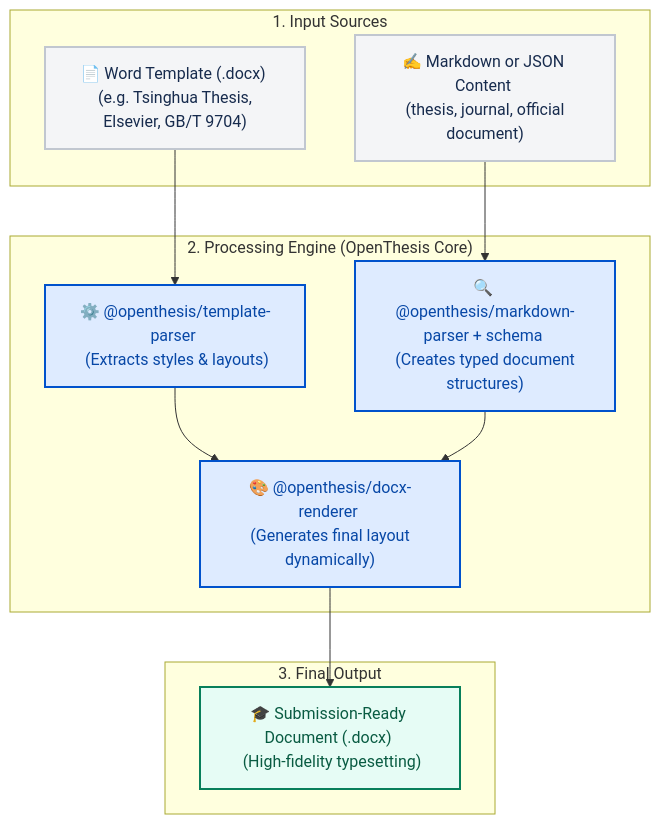
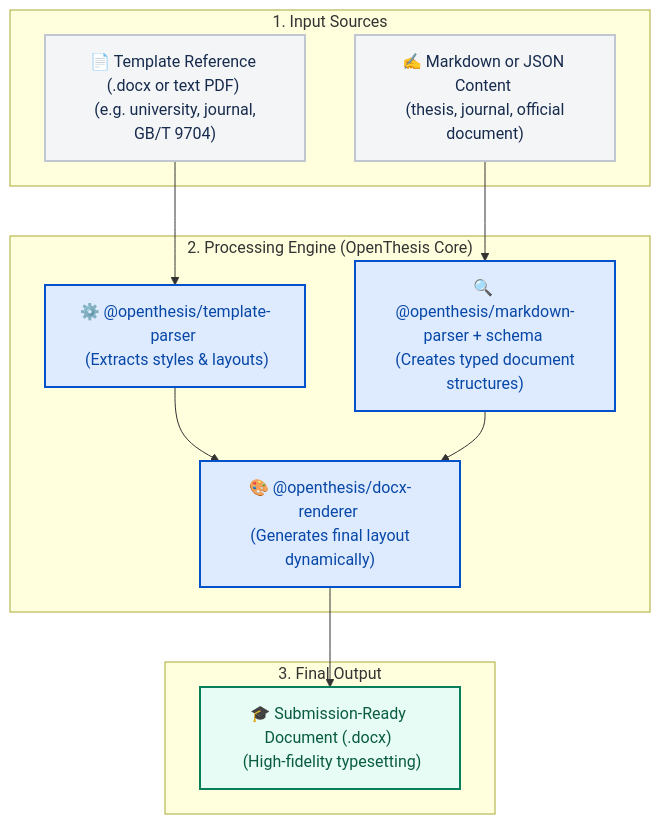
Before and after one commit to Gluxggg/OpenThesis: the diagram in README.md, drawn with Mermaid. The commit also changed other lines of this file and 15 other files, not shown here.

````diff
--- a/README.md
+++ b/README.md
@@ -44,34 +44,34 @@
 ```mermaid
 graph TD
     %% Nodes and Groups
     subgraph Inputs ["1. Input Sources"]
-        A["📄 Word Template (.docx) <br> (e.g. Tsinghua Thesis, Elsevier, GB/T 9704)"]
+        A["📄 Template Reference (.docx or text PDF) <br> (e.g. university, journal, GB/T 9704)"]
         B["✍️ Markdown or JSON Content <br> (thesis, journal, official document)"]
     end
 
     subgraph Core ["2. Processing Engine (OpenThesis Core)"]
         C["⚙️ @openthesis/template-parser <br> (Extracts styles & layouts)"]
         D["🔍 @openthesis/markdown-parser + schema <br> (Creates typed document structures)"]
         E["🎨 @openthesis/docx-renderer <br> (Generates final layout dynamically)"]
     end
 
     subgraph Output ["3. Final Output"]
         F["🎓 Submission-Ready Document (.docx) <br> (High-fidelity typesetting)"]
     end
 
     %% Flows
     A --> C
     B --> D
     C --> E
     D --> E
     E --> F
 
     %% Styling
     classDef inputStyle fill:#f4f5f7,stroke:#c1c7d0,stroke-width:2px,color:#172b4d;
     classDef coreStyle fill:#deebff,stroke:#0052cc,stroke-width:2px,color:#0747a6;
     classDef outputStyle fill:#e6fcf5,stroke:#087f5b,stroke-width:2px,color:#095b42;
 
     class A,B inputStyle;
     class C,D,E coreStyle;
     class F outputStyle;
 ```
````
